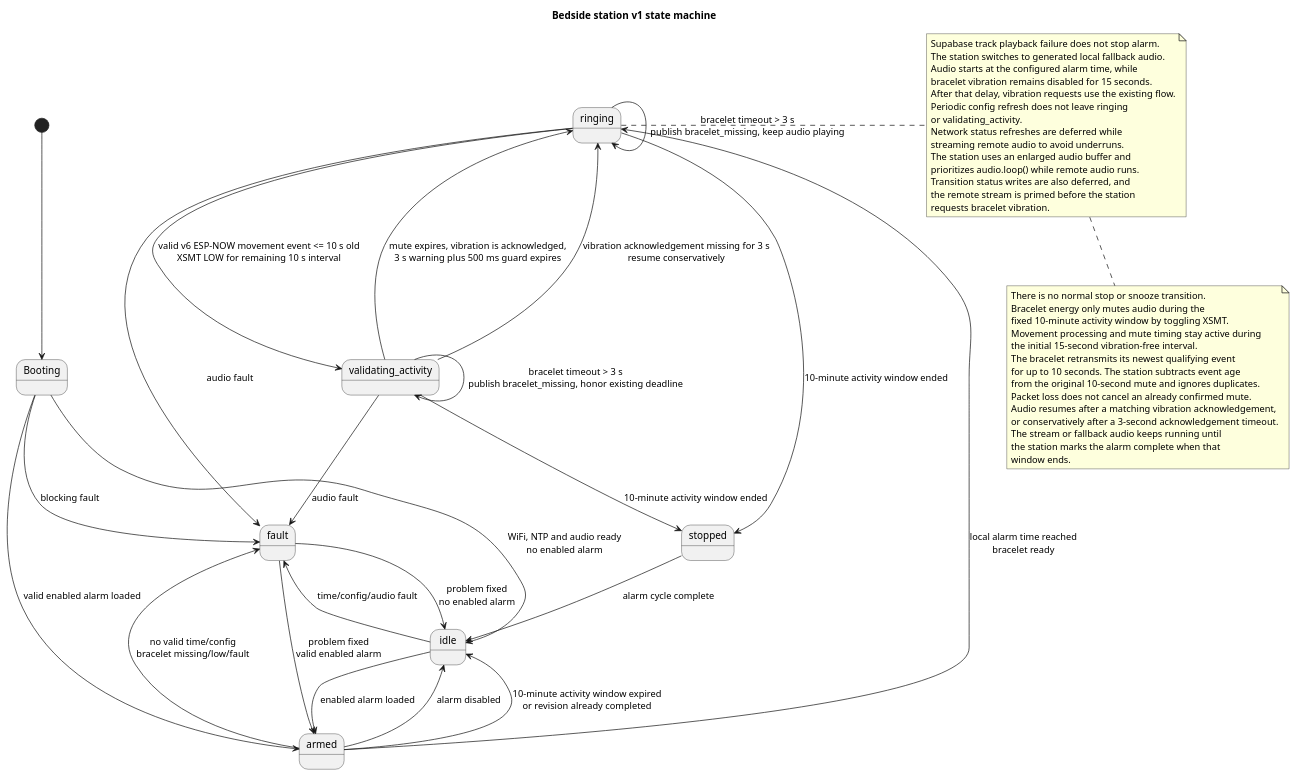
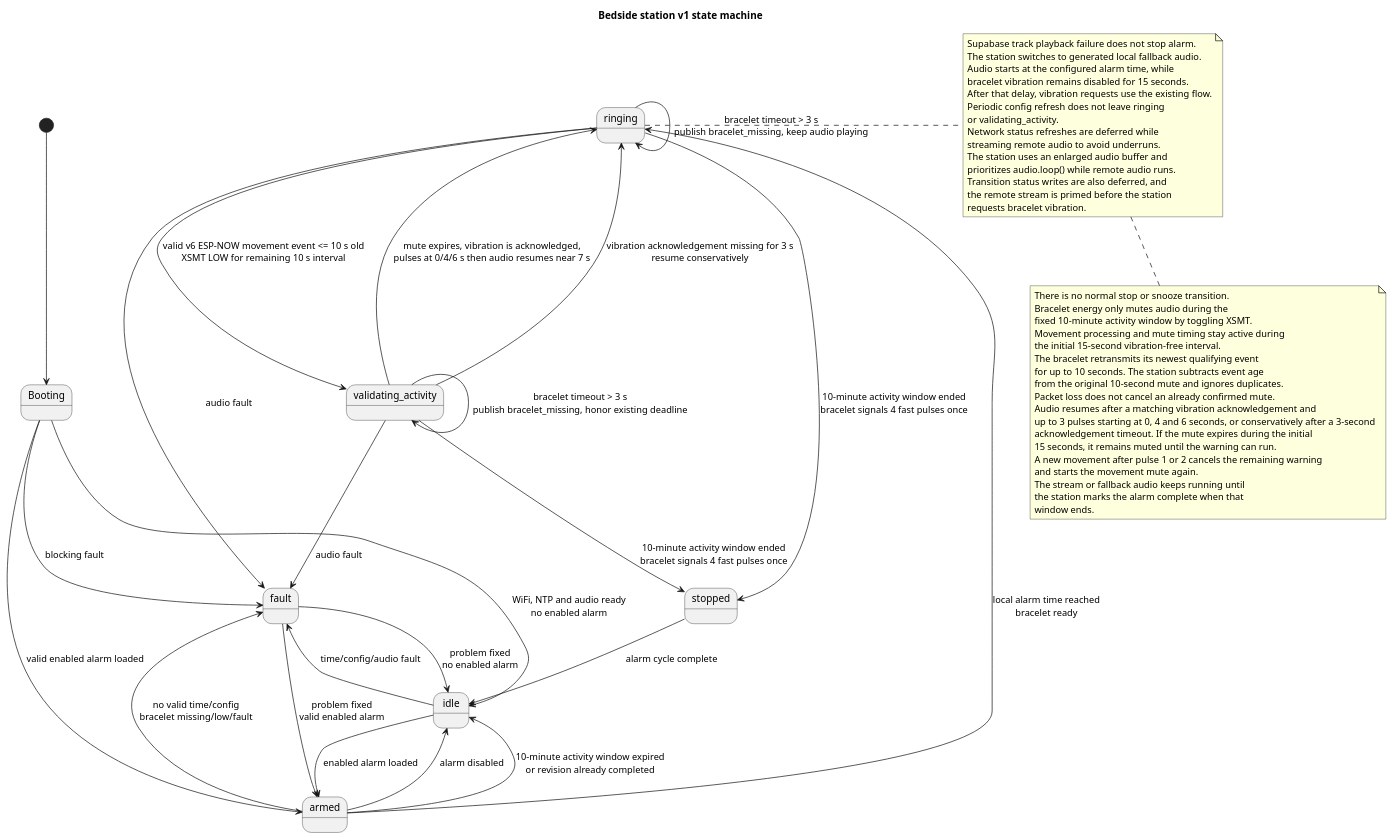
Before and after one commit to Jzn-wbr/Starter: the diagram in code/boite hp/UML/station_state_machine.puml, drawn with PlantUML. The commit also changed 8 other files, not shown here.

```diff
--- a/code/boite hp/UML/station_state_machine.puml
+++ b/code/boite hp/UML/station_state_machine.puml
@@ -1,67 +1,71 @@
 @startuml
 title Bedside station v1 state machine
 
 [*] --> Booting
 Booting --> idle : WiFi, NTP and audio ready\nno enabled alarm
 Booting --> armed : valid enabled alarm loaded
 Booting --> fault : blocking fault
 
 idle --> armed : enabled alarm loaded
 idle --> fault : time/config/audio fault
 
 armed --> idle : alarm disabled
 armed --> ringing : local alarm time reached\nbracelet ready
 armed --> idle : 10-minute activity window expired\nor revision already completed
 armed --> fault : no valid time/config\nbracelet missing/low/fault
 
 ringing --> validating_activity : valid v6 ESP-NOW movement event <= 10 s old\nXSMT LOW for remaining 10 s interval
-ringing --> stopped : 10-minute activity window ended
+ringing --> stopped : 10-minute activity window ended\nbracelet signals 4 fast pulses once
 ringing --> ringing : bracelet timeout > 3 s\npublish bracelet_missing, keep audio playing
 ringing --> fault : audio fault
 
-validating_activity --> ringing : mute expires, vibration is acknowledged,\n3 s warning plus 500 ms guard expires
+validating_activity --> ringing : mute expires, vibration is acknowledged,\npulses at 0/4/6 s then audio resumes near 7 s
 validating_activity --> ringing : vibration acknowledgement missing for 3 s\nresume conservatively
 validating_activity --> validating_activity : bracelet timeout > 3 s\npublish bracelet_missing, honor existing deadline
-validating_activity --> stopped : 10-minute activity window ended
+validating_activity --> stopped : 10-minute activity window ended\nbracelet signals 4 fast pulses once
 validating_activity --> fault : audio fault
 
 stopped --> idle : alarm cycle complete
 
 fault --> idle : problem fixed\nno enabled alarm
 fault --> armed : problem fixed\nvalid enabled alarm
 
 note right of ringing
 Supabase track playback failure does not stop alarm.
 The station switches to generated local fallback audio.
 Audio starts at the configured alarm time, while
 bracelet vibration remains disabled for 15 seconds.
 After that delay, vibration requests use the existing flow.
 Periodic config refresh does not leave ringing
 or validating_activity.
 Network status refreshes are deferred while
 streaming remote audio to avoid underruns.
 The station uses an enlarged audio buffer and
 prioritizes audio.loop() while remote audio runs.
 Transition status writes are also deferred, and
 the remote stream is primed before the station
 requests bracelet vibration.
 end note
 
 note bottom
 There is no normal stop or snooze transition.
 Bracelet energy only mutes audio during the
 fixed 10-minute activity window by toggling XSMT.
 Movement processing and mute timing stay active during
 the initial 15-second vibration-free interval.
 The bracelet retransmits its newest qualifying event
 for up to 10 seconds. The station subtracts event age
 from the original 10-second mute and ignores duplicates.
 Packet loss does not cancel an already confirmed mute.
-Audio resumes after a matching vibration acknowledgement,
-or conservatively after a 3-second acknowledgement timeout.
+Audio resumes after a matching vibration acknowledgement and
+up to 3 pulses starting at 0, 4 and 6 seconds, or conservatively after a 3-second
+acknowledgement timeout. If the mute expires during the initial
+15 seconds, it remains muted until the warning can run.
+A new movement after pulse 1 or 2 cancels the remaining warning
+and starts the movement mute again.
 The stream or fallback audio keeps running until
 the station marks the alarm complete when that
 window ends.
 end note
 
 @enduml
```
